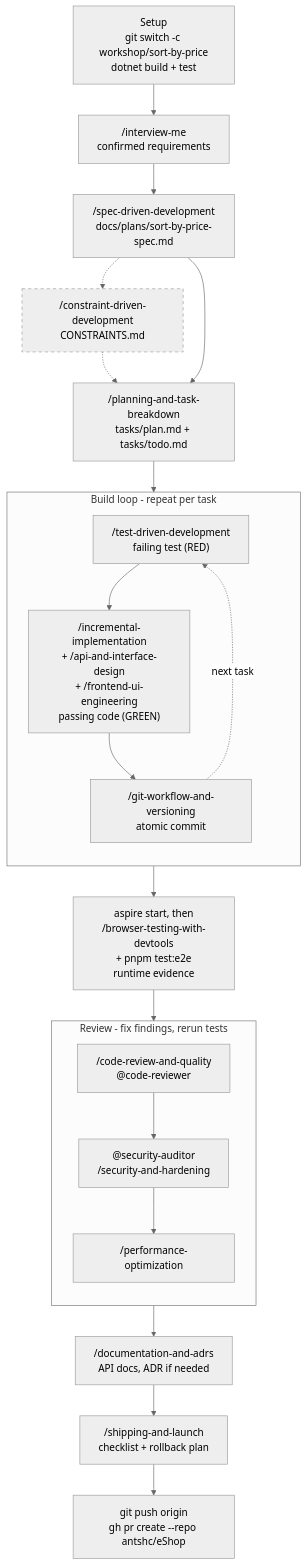
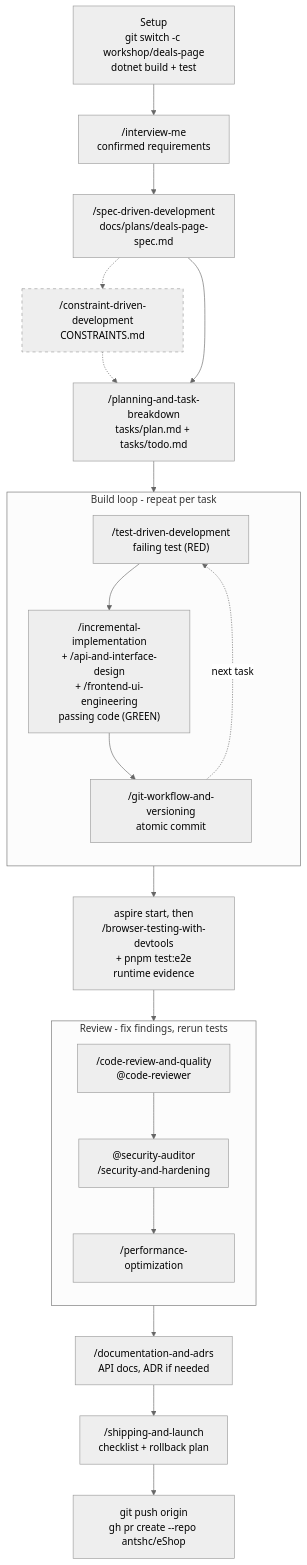
One commit to antshc/eShop changed the diagram in .github/skills/README.md. Above: the diagram before and after it, drawn with Mermaid (neutral theme). The commit also changed other lines of this file, not shown here.

Commit message:
Workshop: switch feature to additive Deals page

````diff
--- a/.github/skills/README.md
+++ b/.github/skills/README.md
@@ -83,38 +88,38 @@
 ```mermaid
 flowchart TB
-    S0["Setup<br/>git switch -c workshop/sort-by-price<br/>dotnet build + test"]
+    S0["Setup<br/>git switch -c workshop/deals-page<br/>dotnet build + test"]
     S1["/interview-me<br/>confirmed requirements"]
-    S2["/spec-driven-development<br/>docs/plans/sort-by-price-spec.md"]
+    S2["/spec-driven-development<br/>docs/plans/deals-page-spec.md"]
     S3["/constraint-driven-development<br/>CONSTRAINTS.md"]
     S4["/planning-and-task-breakdown<br/>tasks/plan.md + tasks/todo.md"]
 
     subgraph LOOP["Build loop - repeat per task"]
         direction TB
         B1["/test-driven-development<br/>failing test (RED)"]
         B2["/incremental-implementation<br/>+ /api-and-interface-design<br/>+ /frontend-ui-engineering<br/>passing code (GREEN)"]
         B3["/git-workflow-and-versioning<br/>atomic commit"]
         B1 --> B2 --> B3
         B3 -. next task .-> B1
     end
 
     V["aspire start, then<br/>/browser-testing-with-devtools<br/>+ pnpm test:e2e<br/>runtime evidence"]
 
     subgraph REVIEW["Review - fix findings, rerun tests"]
         direction TB
         R1["/code-review-and-quality<br/>@code-reviewer"]
         R2["@security-auditor<br/>/security-and-hardening"]
         R3["/performance-optimization"]
         R1 --> R2 --> R3
     end
 
     D["/documentation-and-adrs<br/>API docs, ADR if needed"]
     L["/shipping-and-launch<br/>checklist + rollback plan"]
     P["git push origin<br/>gh pr create --repo antshc/eShop"]
 
     S0 --> S1 --> S2 -.-> S3 -.-> S4
     S2 --> S4
     S4 --> LOOP --> V --> REVIEW --> D --> L --> P
 
     classDef optional stroke-dasharray: 5 5;
     class S3 optional;
 ```
````
